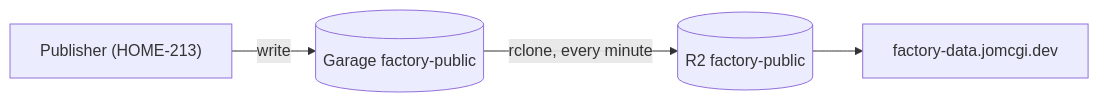
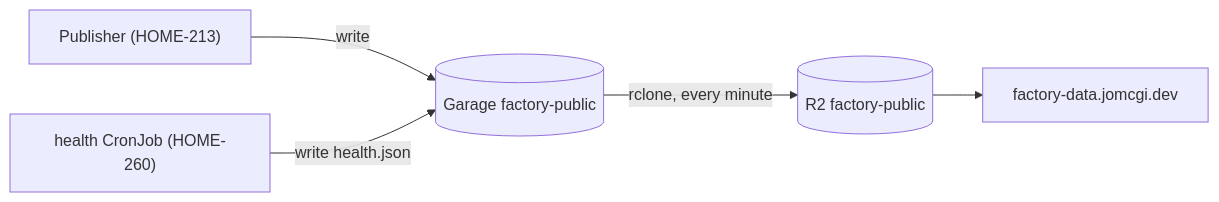
Before and after one commit to jomcgi-org/homelab: the diagram in projects/factory-public/README.md, drawn with Mermaid. The commit also changed other lines of this file and 27 other files, not shown here.

````diff
--- a/projects/factory-public/README.md
+++ b/projects/factory-public/README.md
@@ -11,6 +11,7 @@
 ```mermaid
 flowchart LR
   publisher["Publisher (HOME-213)"] -- write --> garage[("Garage factory-public")]
+  health["health CronJob (HOME-260)"] -- "write health.json" --> garage
   garage -- "rclone, every minute" --> r2[("R2 factory-public")]
   r2 --> cdn["factory-data.jomcgi.dev"]
 ```
````
